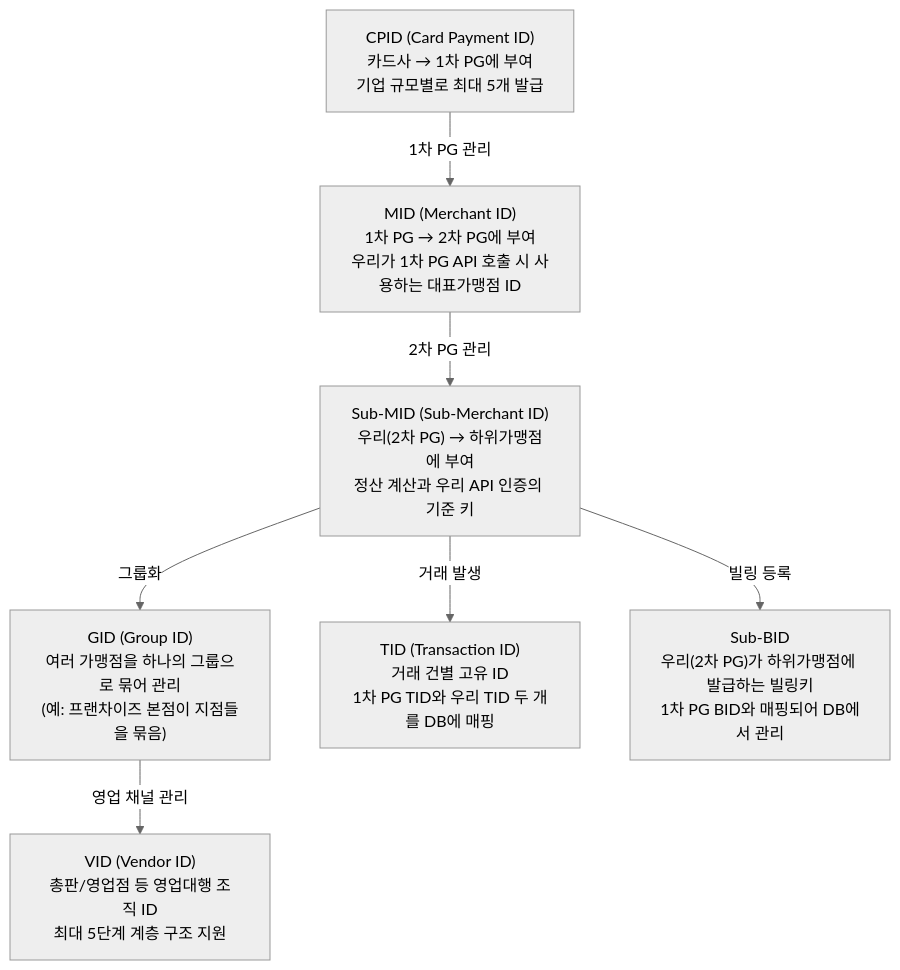
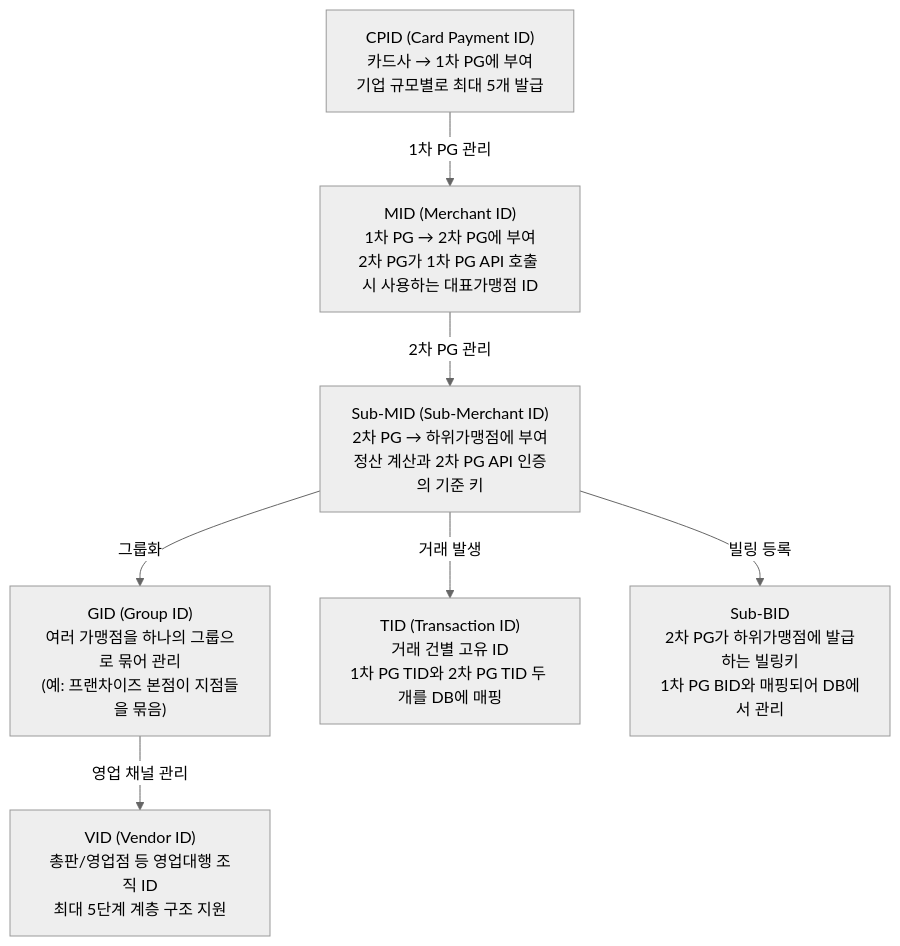
Before and after one commit to sweetpark/sweetpark.github.io: diagram 25 of 25 in content/AI 도구/PG 교육자료/[AI] 2차 PG 백엔드 개발자 교육 문서 - 핵심 개념 및 특징 정리.md, drawn with Mermaid (neutral theme). The commit also changed other lines of this file and 40 other files, not shown here.

````diff
--- a/content/AI 도구/PG 교육자료/[AI] 2차 PG 백엔드 개발자 교육 문서 - 핵심 개념 및 특징 정리.md
+++ b/content/AI 도구/PG 교육자료/[AI] 2차 PG 백엔드 개발자 교육 문서 - 핵심 개념 및 특징 정리.md
@@ -1335,17 +1335,17 @@
 ```mermaid
 flowchart TD
     CPID["CPID (Card Payment ID)\n카드사 → 1차 PG에 부여\n기업 규모별로 최대 5개 발급"]
-    MID["MID (Merchant ID)\n1차 PG → 2차 PG에 부여\n우리가 1차 PG API 호출 시 사용하는 대표가맹점 ID"]
-    SUBMID["Sub-MID (Sub-Merchant ID)\n우리(2차 PG) → 하위가맹점에 부여\n정산 계산과 우리 API 인증의 기준 키"]
+    MID["MID (Merchant ID)\n1차 PG → 2차 PG에 부여\n2차 PG가 1차 PG API 호출 시 사용하는 대표가맹점 ID"]
+    SUBMID["Sub-MID (Sub-Merchant ID)\n2차 PG → 하위가맹점에 부여\n정산 계산과 2차 PG API 인증의 기준 키"]
     GID["GID (Group ID)\n여러 가맹점을 하나의 그룹으로 묶어 관리\n(예: 프랜차이즈 본점이 지점들을 묶음)"]
     VID["VID (Vendor ID)\n총판/영업점 등 영업대행 조직 ID\n최대 5단계 계층 구조 지원"]
-    TID["TID (Transaction ID)\n거래 건별 고유 ID\n1차 PG TID와 우리 TID 두 개를 DB에 매핑"]
-    BIDSUB["Sub-BID\n우리(2차 PG)가 하위가맹점에 발급하는 빌링키\n1차 PG BID와 매핑되어 DB에서 관리"]
+    TID["TID (Transaction ID)\n거래 건별 고유 ID\n1차 PG TID와 2차 PG TID 두 개를 DB에 매핑"]
+    BIDSUB["Sub-BID\n2차 PG가 하위가맹점에 발급하는 빌링키\n1차 PG BID와 매핑되어 DB에서 관리"]
 
     CPID -->|"1차 PG 관리"| MID
     MID -->|"2차 PG 관리"| SUBMID
     SUBMID -->|"그룹화"| GID
     GID -->|"영업 채널 관리"| VID
     SUBMID -->|"거래 발생"| TID
     SUBMID -->|"빌링 등록"| BIDSUB
 ```
````
